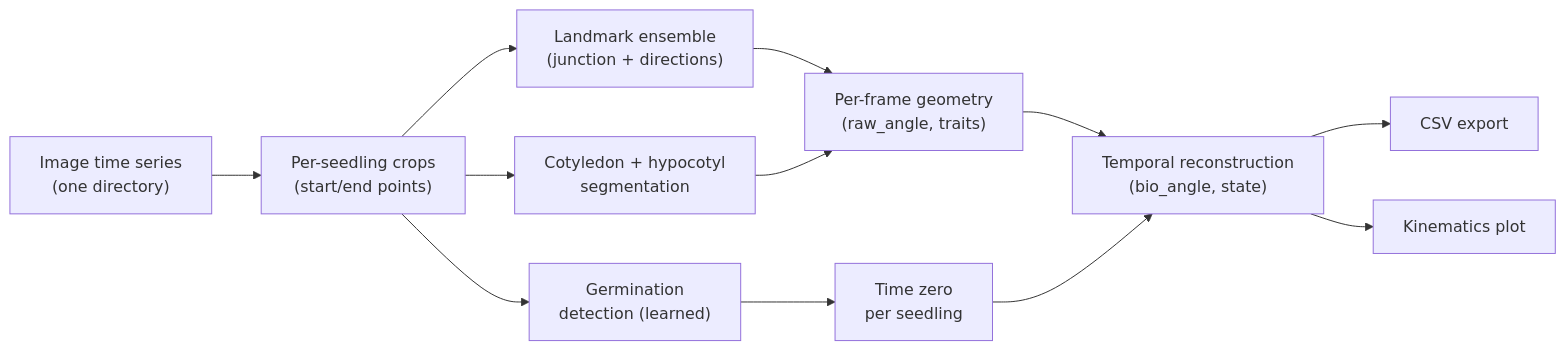
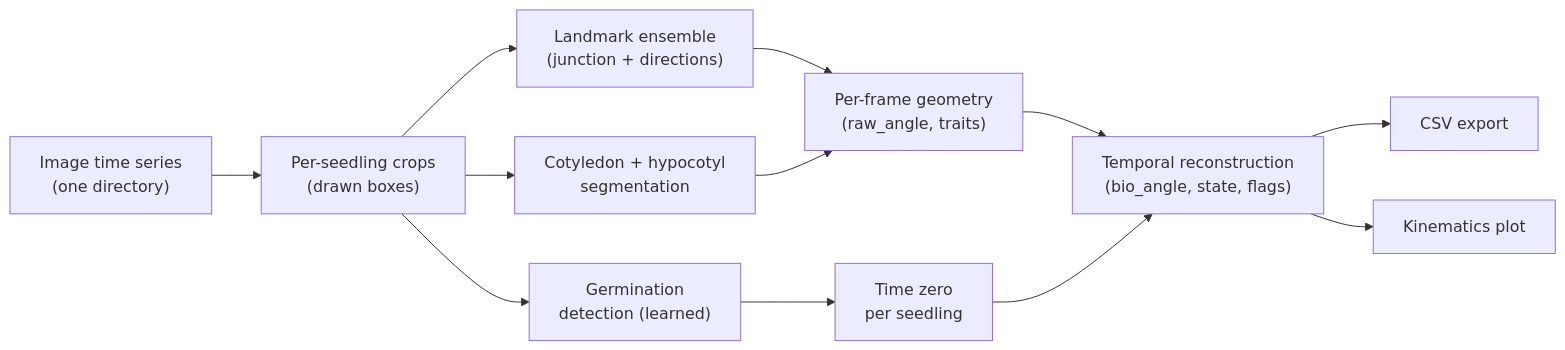
The diagram in README.md (SRobertGroup/DLhook), drawn with Mermaid before and after one commit. The commit also changed other lines of this file and 45 other files, not shown here.

````diff
--- a/README.md
+++ b/README.md
@@ -31,14 +31,14 @@
 ```mermaid
 flowchart LR
-    A["Image time series\n(one directory)"] --> B["Per-seedling crops\n(start/end points)"]
+    A["Image time series\n(one directory)"] --> B["Per-seedling crops\n(drawn boxes)"]
     B --> C1["Cotyledon + hypocotyl\nsegmentation"]
     B --> C2["Landmark ensemble\n(junction + directions)"]
     B --> C3["Germination\ndetection (learned)"]
     C2 --> D["Per-frame geometry\n(raw_angle, traits)"]
     C1 --> D
     C3 --> E["Time zero\nper seedling"]
-    D --> F["Temporal reconstruction\n(bio_angle, state)"]
+    D --> F["Temporal reconstruction\n(bio_angle, state, flags)"]
     E --> F
     F --> G["CSV export"]
     F --> H["Kinematics plot"]
 ```
````
